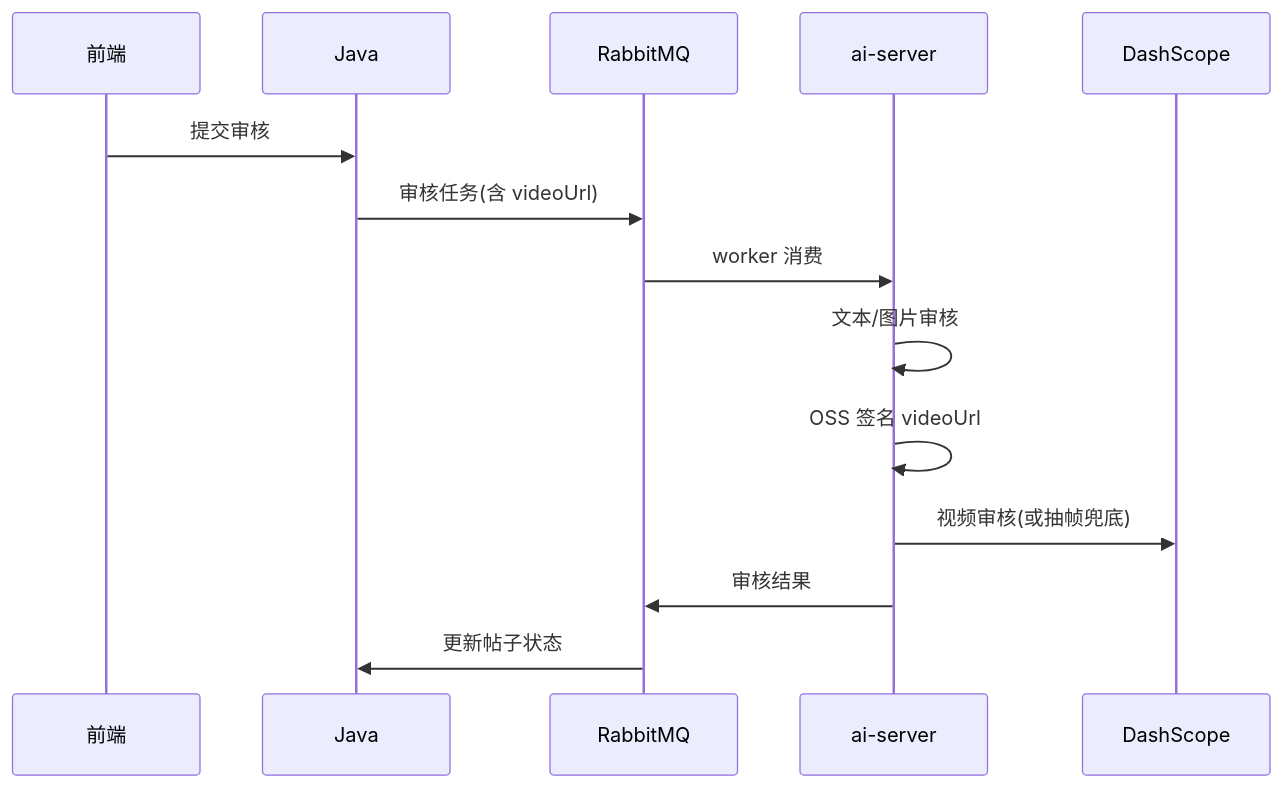
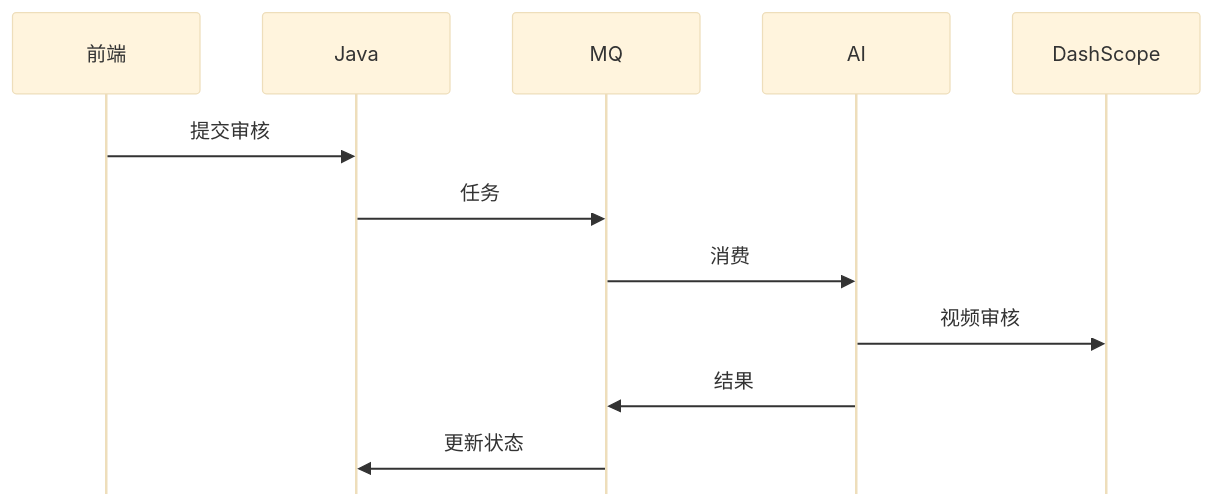
Before and after one commit to pluchon/mengmeng_forum: the seventh of 22 diagrams in README.md, drawn with Mermaid. The commit also changed other lines of this file and 2 other files, not shown here.

````diff
--- a/README.md
+++ b/README.md
@@ -451,17 +320,16 @@
 ```mermaid
+%%{init: {'theme':'base', 'sequence': {'mirrorActors': false, 'actorFontSize': 11}}}%%
 sequenceDiagram
   participant FE as 前端
   participant J as Java
-  participant MQ as RabbitMQ
-  participant P as ai-server
+  participant MQ as MQ
+  participant P as AI
   participant DS as DashScope
 
   FE->>J: 提交审核
-  J->>MQ: 审核任务(含 videoUrl)
-  MQ->>P: worker 消费
-  P->>P: 文本/图片审核
-  P->>P: OSS 签名 videoUrl
-  P->>DS: 视频审核(或抽帧兜底)
-  P->>MQ: 审核结果
-  MQ->>J: 更新帖子状态
+  J->>MQ: 任务
+  MQ->>P: 消费
+  P->>DS: 视频审核
+  P->>MQ: 结果
+  MQ->>J: 更新状态
 ```
````
